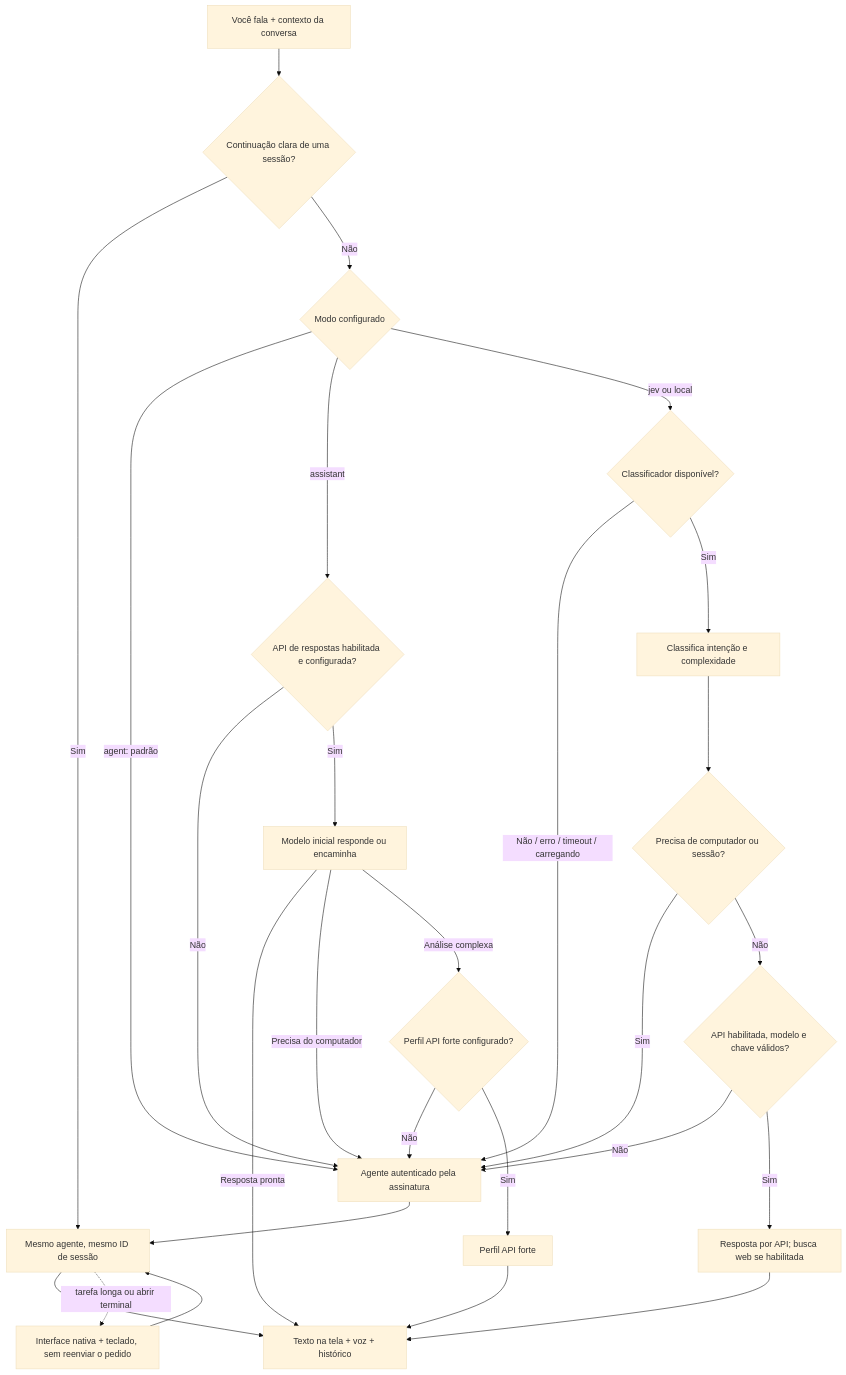
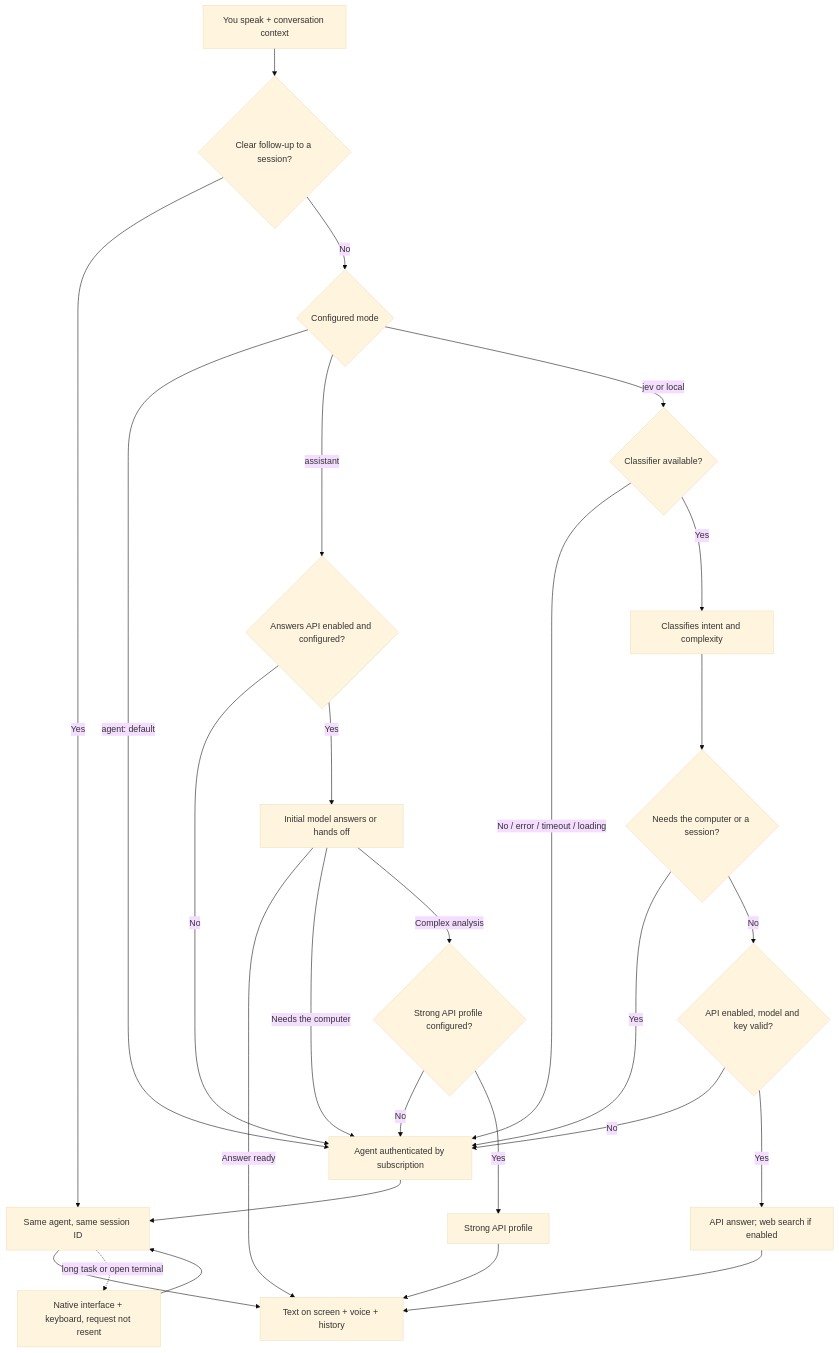
The diagram in README.md (Atzingen/hey-jarvis), drawn with Mermaid (base theme) before and after one commit. The commit also changed other lines of this file and 6 other files, not shown here.

````diff
--- a/README.md
+++ b/README.md
@@ -67,29 +69,29 @@
 ```mermaid
 flowchart TD
-    A[Você fala + contexto da conversa] --> B{Continuação clara de uma sessão?}
-    B -- Sim --> S[Mesmo agente, mesmo ID de sessão]
-    B -- Não --> C{Modo configurado}
-    C -- agent: padrão --> G[Agente autenticado pela assinatura]
-    C -- assistant --> I{API de respostas habilitada e configurada?}
-    I -- Não --> G
-    I -- Sim --> M[Modelo inicial responde ou encaminha]
-    M -- Resposta pronta --> R[Texto na tela + voz + histórico]
-    M -- Precisa do computador --> G
-    M -- Análise complexa --> J{Perfil API forte configurado?}
-    J -- Não --> G
-    J -- Sim --> K[Perfil API forte]
+    A[You speak + conversation context] --> B{Clear follow-up to a session?}
+    B -- Yes --> S[Same agent, same session ID]
+    B -- No --> C{Configured mode}
+    C -- agent: default --> G[Agent authenticated by subscription]
+    C -- assistant --> I{Answers API enabled and configured?}
+    I -- No --> G
+    I -- Yes --> M[Initial model answers or hands off]
+    M -- Answer ready --> R[Text on screen + voice + history]
+    M -- Needs the computer --> G
+    M -- Complex analysis --> J{Strong API profile configured?}
+    J -- No --> G
+    J -- Yes --> K[Strong API profile]
     K --> R
-    C -- jev ou local --> D{Classificador disponível?}
-    D -- Não / erro / timeout / carregando --> G
-    D -- Sim --> E[Classifica intenção e complexidade]
-    E --> F{Precisa de computador ou sessão?}
-    F -- Sim --> G
-    F -- Não --> H{API habilitada, modelo e chave válidos?}
-    H -- Não --> G
-    H -- Sim --> P[Resposta por API; busca web se habilitada]
+    C -- jev or local --> D{Classifier available?}
+    D -- No / error / timeout / loading --> G
+    D -- Yes --> E[Classifies intent and complexity]
+    E --> F{Needs the computer or a session?}
+    F -- Yes --> G
+    F -- No --> H{API enabled, model and key valid?}
+    H -- No --> G
+    H -- Yes --> P[API answer; web search if enabled]
     P --> R
     G --> S
     S --> R
-    S -. tarefa longa ou abrir terminal .-> T[Interface nativa + teclado, sem reenviar o pedido]
+    S -. long task or open terminal .-> T[Native interface + keyboard, request not resent]
     T --> S
 ```
````
